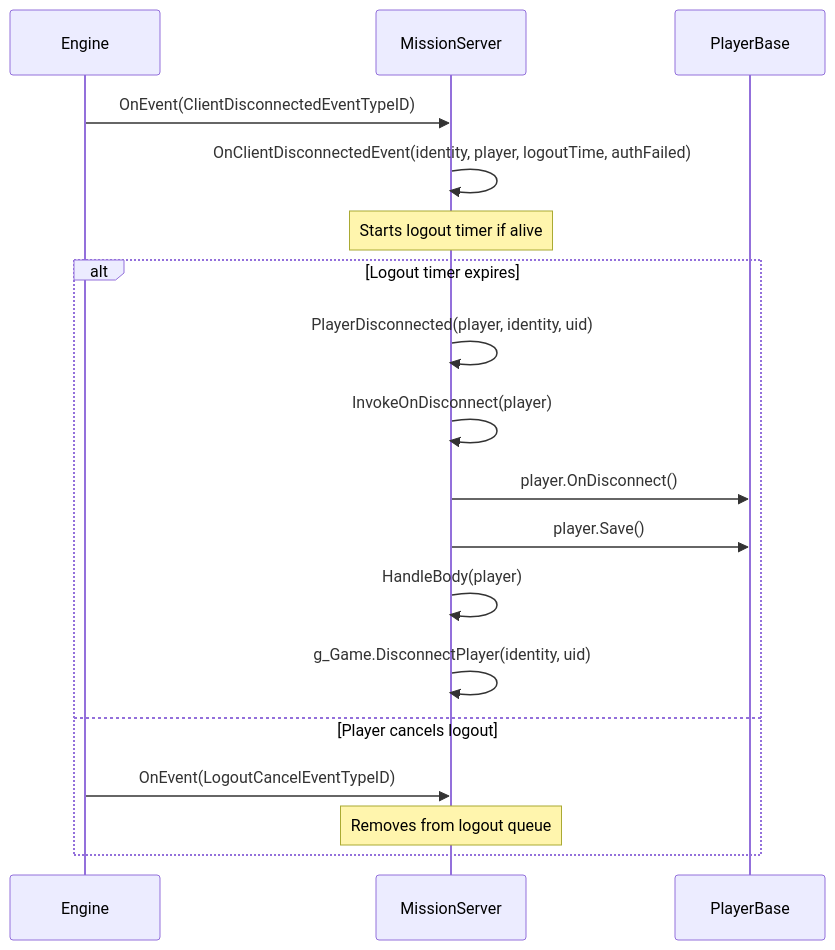
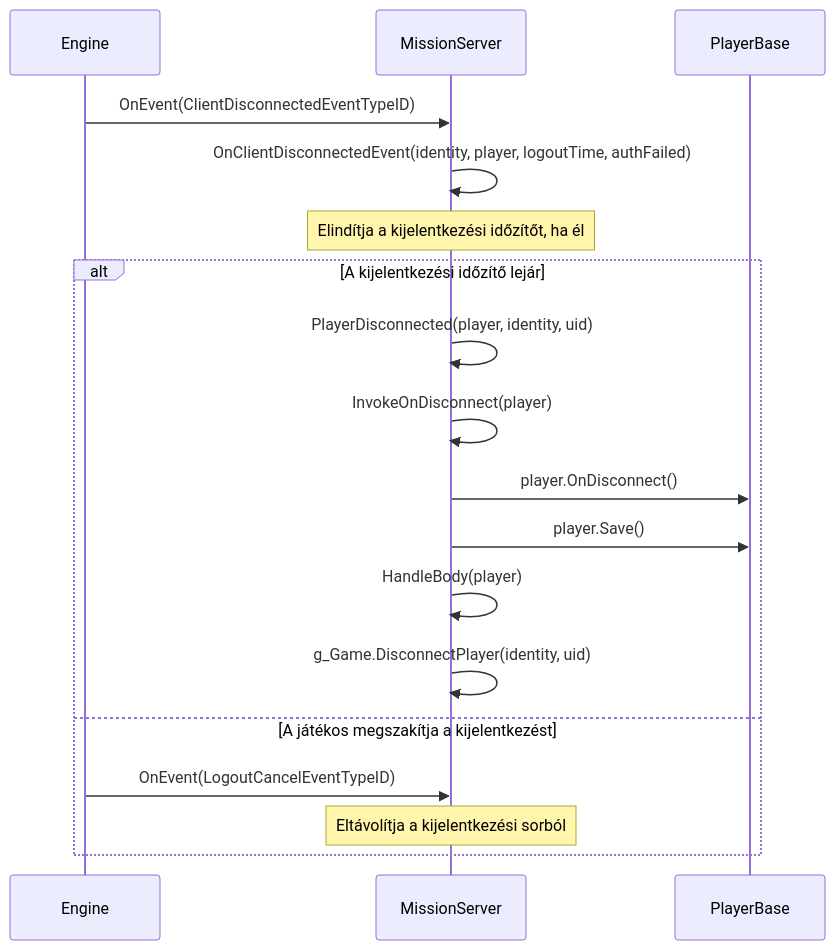
The fifth of 5 diagrams in hu/06-engine-api/11-mission-hooks.md (StarDZ-Team/DayZ-Modding-Wiki), drawn with Mermaid before and after one commit. The commit also changed other lines of this file and 17 other files, not shown here.

````diff
--- a/hu/06-engine-api/11-mission-hooks.md
+++ b/hu/06-engine-api/11-mission-hooks.md
@@ -261,22 +261,22 @@
 ```mermaid
 sequenceDiagram
     participant Engine
     participant MS as MissionServer
     participant Player as PlayerBase
 
     Engine->>MS: OnEvent(ClientDisconnectedEventTypeID)
     MS->>MS: OnClientDisconnectedEvent(identity, player, logoutTime, authFailed)
-    Note over MS: Starts logout timer if alive
+    Note over MS: Elindítja a kijelentkezési időzítőt, ha él
 
-    alt Logout timer expires
+    alt A kijelentkezési időzítő lejár
         MS->>MS: PlayerDisconnected(player, identity, uid)
         MS->>MS: InvokeOnDisconnect(player)
         MS->>Player: player.OnDisconnect()
         MS->>Player: player.Save()
         MS->>MS: HandleBody(player)
         MS->>MS: g_Game.DisconnectPlayer(identity, uid)
-    else Player cancels logout
+    else A játékos megszakítja a kijelentkezést
         Engine->>MS: OnEvent(LogoutCancelEventTypeID)
-        Note over MS: Removes from logout queue
+        Note over MS: Eltávolítja a kijelentkezési sorból
     end
 ```
````
